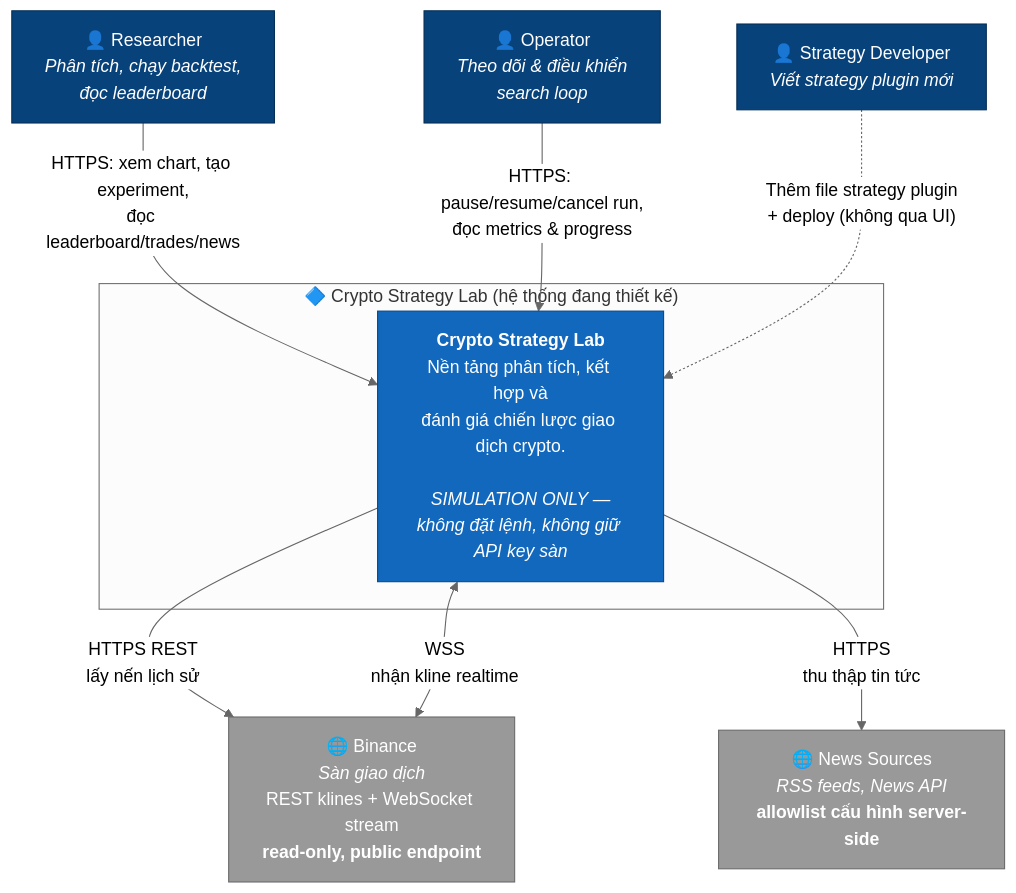
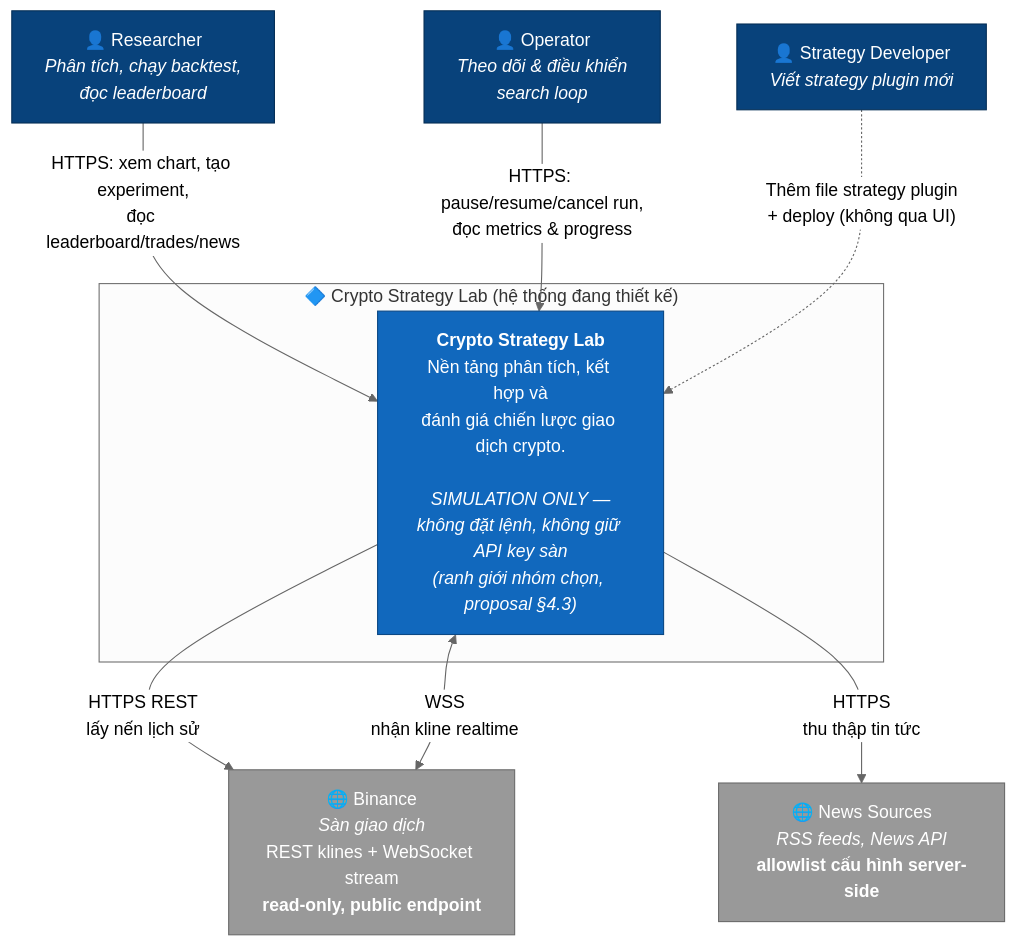
One commit to EnsoTech-Studio/CryptoBot changed the first of 15 diagrams in blueprint/design.md. Above: the diagram before and after it, drawn with Mermaid (neutral theme). The commit also changed other lines of this file and 72 other files, not shown here.

First line of the commit message:
docs(blueprint): resolve architecture review findings

````diff
--- a/blueprint/design.md
+++ b/blueprint/design.md
@@ -122,28 +216,28 @@
 ```mermaid
 flowchart TB
     Researcher["👤 Researcher<br/><i>Phân tích, chạy backtest,<br/>đọc leaderboard</i>"]
     Operator["👤 Operator<br/><i>Theo dõi & điều khiển<br/>search loop</i>"]
     Developer["👤 Strategy Developer<br/><i>Viết strategy plugin mới</i>"]
 
     subgraph SystemBoundary["🔷 Crypto Strategy Lab (hệ thống đang thiết kế)"]
-        System["<b>Crypto Strategy Lab</b><br/>Nền tảng phân tích, kết hợp và<br/>đánh giá chiến lược giao dịch crypto.<br/><br/><i>SIMULATION ONLY —<br/>không đặt lệnh, không giữ API key sàn</i>"]
+        System["<b>Crypto Strategy Lab</b><br/>Nền tảng phân tích, kết hợp và<br/>đánh giá chiến lược giao dịch crypto.<br/><br/><i>SIMULATION ONLY —<br/>không đặt lệnh, không giữ API key sàn<br/>(ranh giới nhóm chọn, proposal §4.3)</i>"]
     end
 
     Binance["🌐 Binance<br/><i>Sàn giao dịch</i><br/>REST klines + WebSocket stream<br/><b>read-only, public endpoint</b>"]
     NewsSrc["🌐 News Sources<br/><i>RSS feeds, News API</i><br/><b>allowlist cấu hình server-side</b>"]
 
     Researcher -->|"HTTPS: xem chart, tạo experiment,<br/>đọc leaderboard/trades/news"| System
     Operator -->|"HTTPS: pause/resume/cancel run,<br/>đọc metrics & progress"| System
     Developer -.->|"Thêm file strategy plugin<br/>+ deploy (không qua UI)"| System
 
     System -->|"HTTPS REST<br/>lấy nến lịch sử"| Binance
     System <-->|"WSS<br/>nhận kline realtime"| Binance
     System -->|"HTTPS<br/>thu thập tin tức"| NewsSrc
 
     classDef person fill:#08427b,stroke:#052e56,color:#fff
     classDef system fill:#1168bd,stroke:#0b4884,color:#fff
     classDef external fill:#999,stroke:#6b6b6b,color:#fff
     class Researcher,Operator,Developer person
     class System system
     class Binance,NewsSrc external
 ```
````
